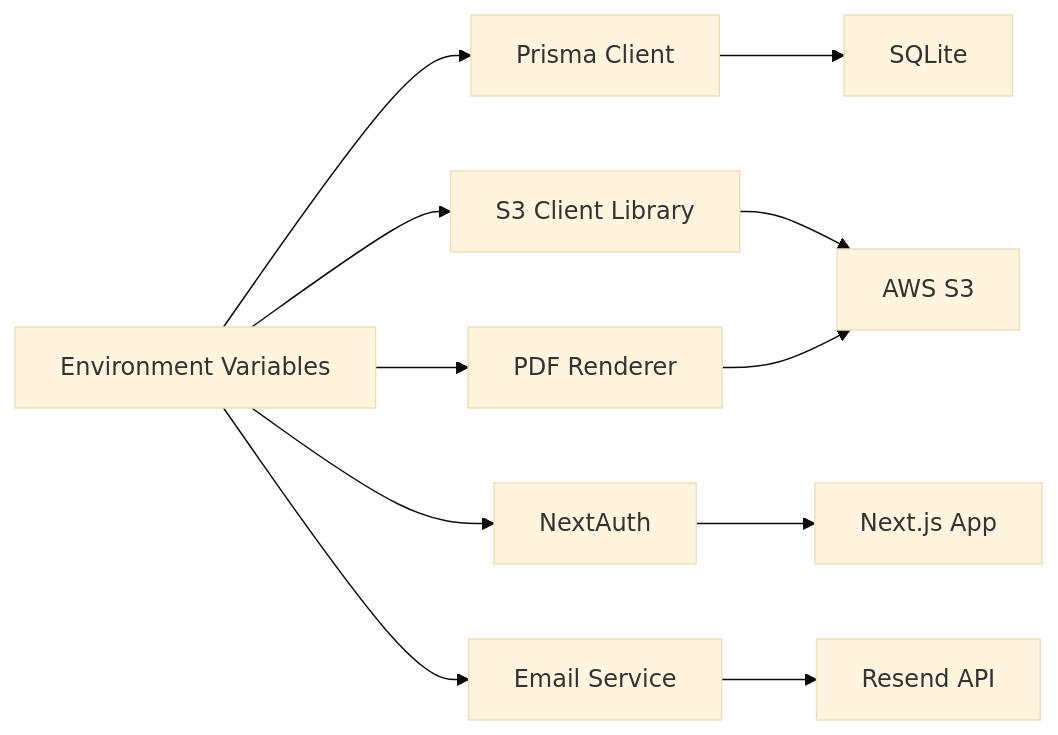
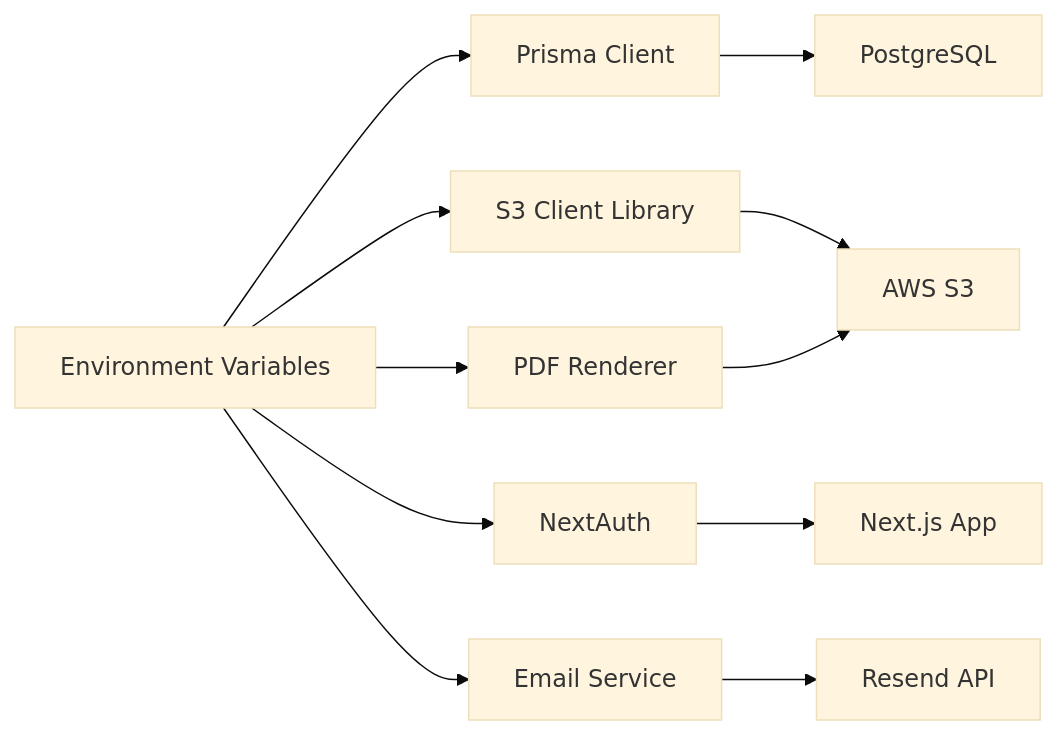
Before and after one commit to Crowdspender/titchybooks-app: the eighth of 8 diagrams in .qoder/repowiki/en/content/Configuration & Environment/Environment Variables & Secrets.md, drawn with Mermaid (base theme). The commit also changed other lines of this file and 23 other files, not shown here.

````diff
--- a/.qoder/repowiki/en/content/Configuration & Environment/Environment Variables & Secrets.md
+++ b/.qoder/repowiki/en/content/Configuration & Environment/Environment Variables & Secrets.md
@@ -394,13 +394,13 @@
 ```mermaid
 graph LR
 ENV["Environment Variables"] --> PRISMA["Prisma Client"]
 ENV --> S3LIB["S3 Client Library"]
 ENV --> NEXTAUTH["NextAuth"]
 ENV --> EMAIL["Email Service"]
 ENV --> PDF["PDF Renderer"]
-PRISMA --> DB["SQLite"]
+PRISMA --> DB["PostgreSQL"]
 S3LIB --> S3["AWS S3"]
 NEXTAUTH --> APP["Next.js App"]
 EMAIL --> RESEND["Resend API"]
 PDF --> S3
 ```
````
